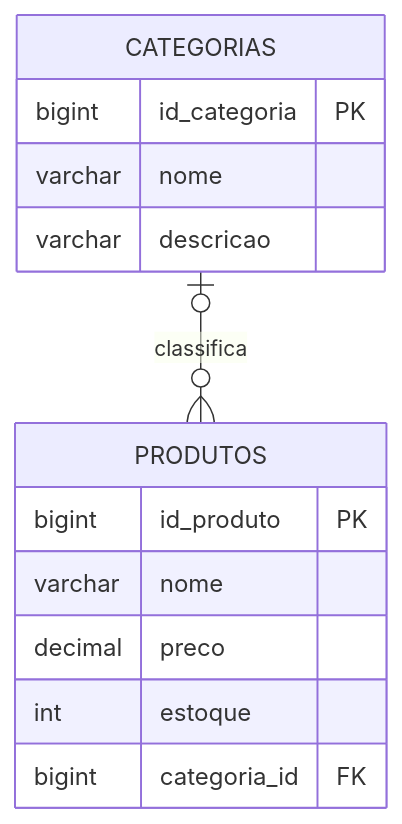
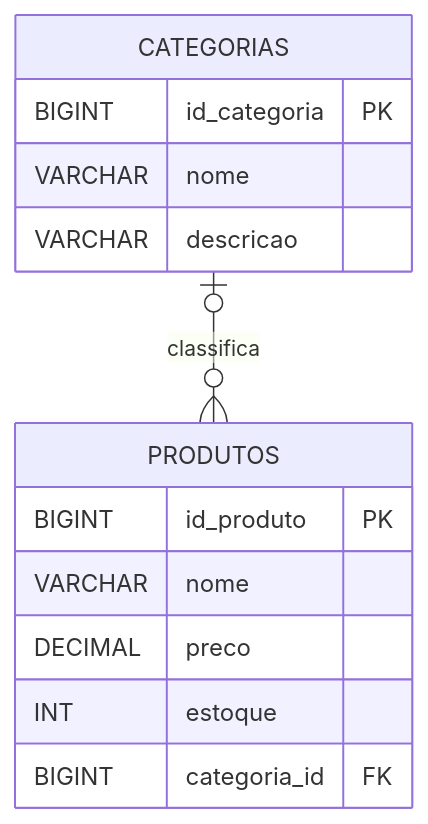
Before and after one commit to DSM-Fatec-Jahu/BDR-DSM-2026-2: the sixth of 13 diagrams in docs/aulas/Cardinalidade_MER_Completo.md, drawn with Mermaid. The commit also changed other lines of this file and 2 other files, not shown here.

First line of the commit message:
Padroniza tipos SQL em MAIÚSCULAS nos diagramas (Regra 3)

````diff
--- a/docs/aulas/Cardinalidade_MER_Completo.md
+++ b/docs/aulas/Cardinalidade_MER_Completo.md
@@ -316,18 +316,18 @@
 ```mermaid
 erDiagram
     CATEGORIAS {
-        bigint id_categoria PK
-        varchar nome
-        varchar descricao
+        BIGINT id_categoria PK
+        VARCHAR nome
+        VARCHAR descricao
     }
 
     PRODUTOS {
-        bigint id_produto PK
-        varchar nome
-        decimal preco
-        int estoque
-        bigint categoria_id FK
+        BIGINT id_produto PK
+        VARCHAR nome
+        DECIMAL preco
+        INT estoque
+        BIGINT categoria_id FK
     }
 
     CATEGORIAS |o--o{ PRODUTOS : "classifica"
 ```
````
